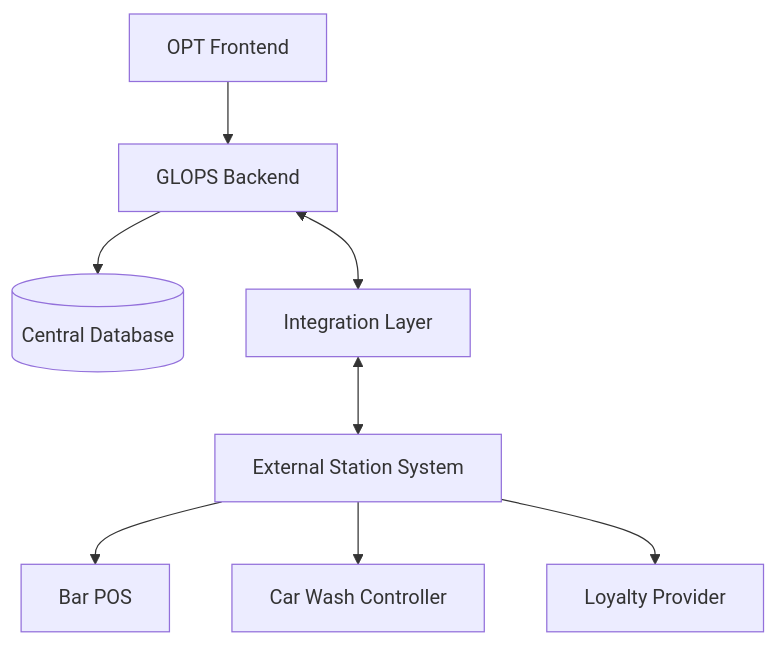
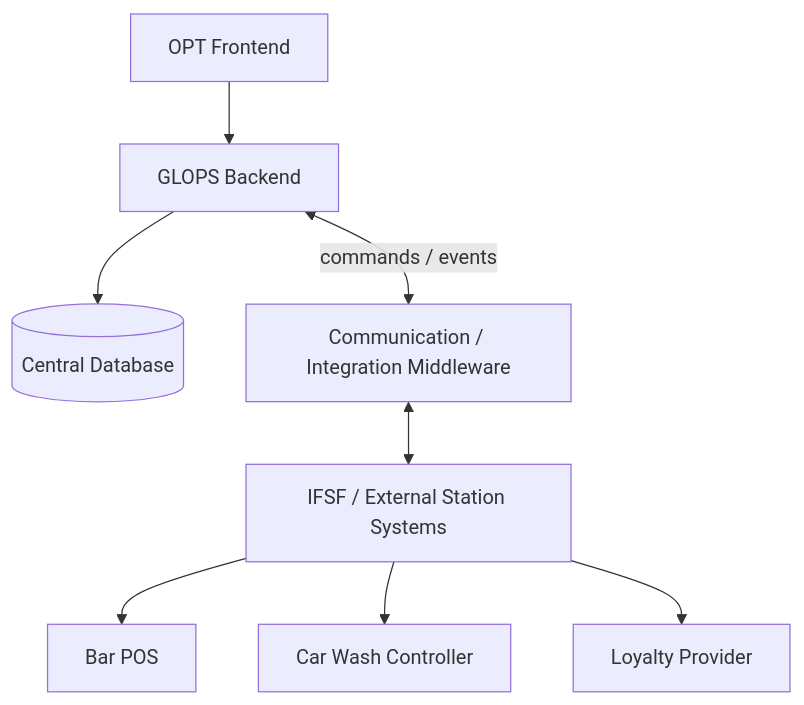
One commit to mamzpy/glops-backend changed the second of 5 diagrams in docs/architecture/data-ownership-and-system-flows.it.md. Above: the diagram before and after it, drawn with Mermaid. The commit also changed other lines of this file, not shown here.

Commit message:
docs: update data ownership doc - merge integration boundaries, label middleware arrows

````diff
--- a/docs/architecture/data-ownership-and-system-flows.it.md
+++ b/docs/architecture/data-ownership-and-system-flows.it.md
@@ -51,10 +109,10 @@
 ```mermaid
 flowchart TD
     A[OPT Frontend] --> B[GLOPS Backend]
     B --> C[(Central Database)]
-    B <--> D[Integration Layer]
-    D <--> E[External Station System]
+    B <-->|commands / events| D[Communication / Integration Middleware]
+    D <--> E[IFSF / External Station Systems]
     E --> F[Bar POS]
     E --> G[Car Wash Controller]
     E --> H[Loyalty Provider]
 ```
````
